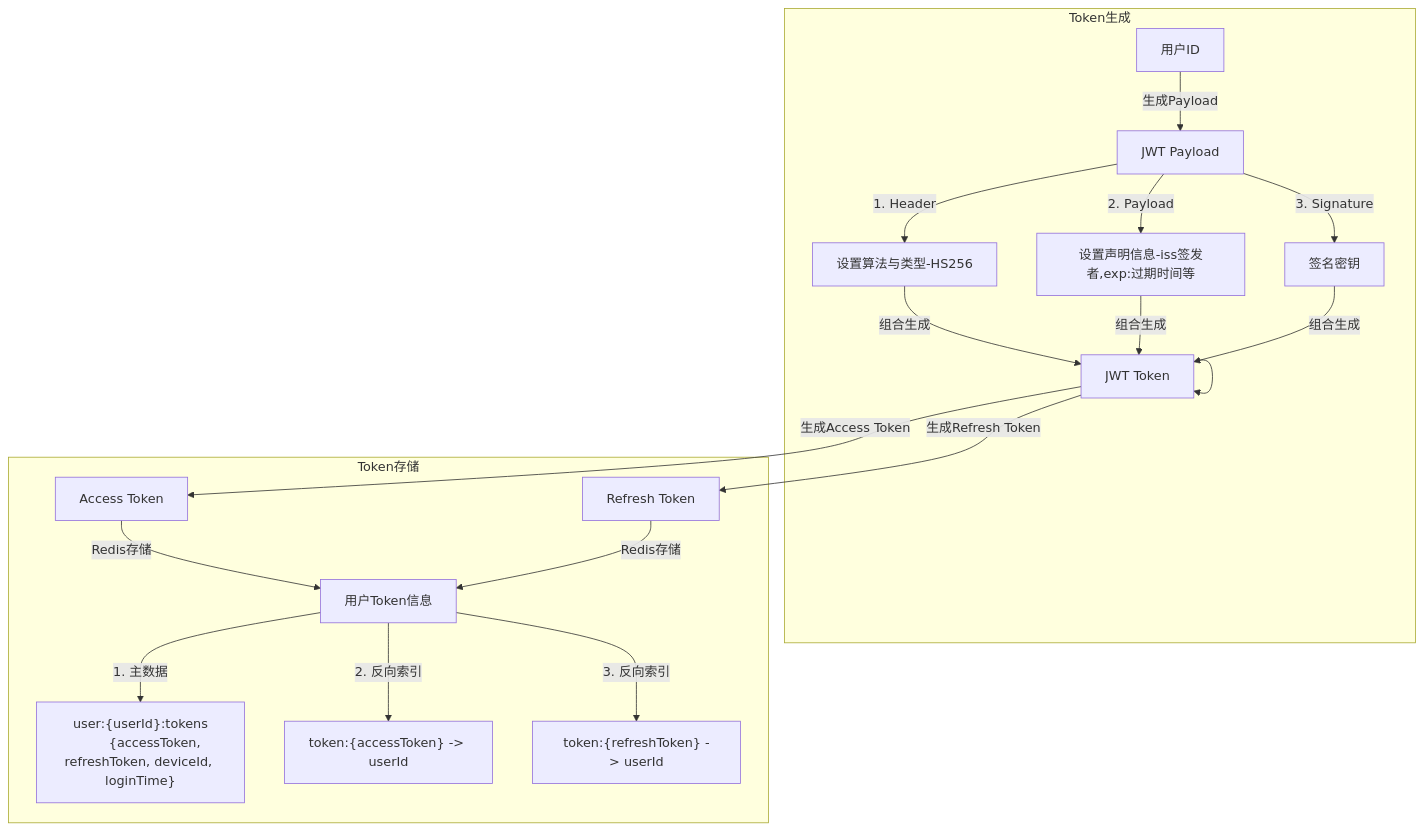
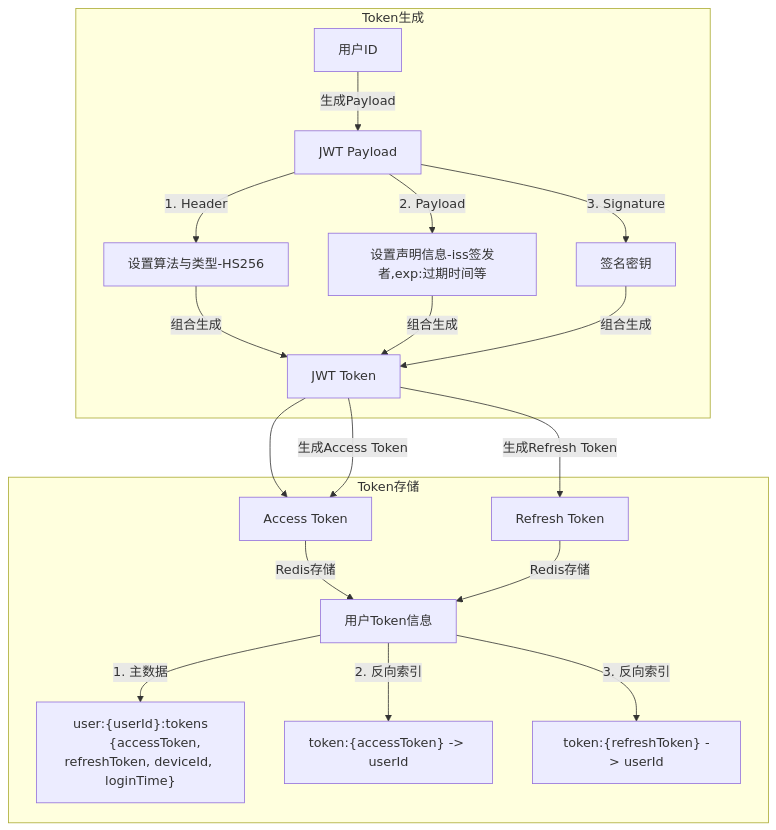
Before and after one commit to yingjianzh/iodraw-files: the diagram in all/未命名-15.md, drawn with Mermaid.

Commit message:
2025-01-02 18:23:03 update

````diff
--- a/all/未命名-15.md
+++ b/all/未命名-15.md
@@ -1,23 +1,23 @@
 ```mermaid
 flowchart TD
     subgraph Token生成
         A[用户ID] -->|生成Payload| B[JWT Payload]
         B -->|1. Header| C[设置算法与类型-HS256]
         B -->|2. Payload| D[设置声明信息-iss签发者,exp:过期时间等]
         B -->|3. Signature| E[签名密钥]
         C & D & E -->|组合生成| F[JWT Token]
     end
     
     subgraph Token存储
-        F --> 
+        F --> G[Redis存储]
         F -->|生成Access Token| G[Access Token]
         F -->|生成Refresh Token| H[Refresh Token]
         G & H -->|Redis存储| I[用户Token信息]
         I -->|1. 主数据| J["user:{userId}:tokens
         {accessToken, refreshToken, deviceId, loginTime}"]
         I -->|2. 反向索引| K["token:{accessToken} -> userId"]
         I -->|3. 反向索引| L["token:{refreshToken} -> userId"]
     end
     
     
 ```
````
